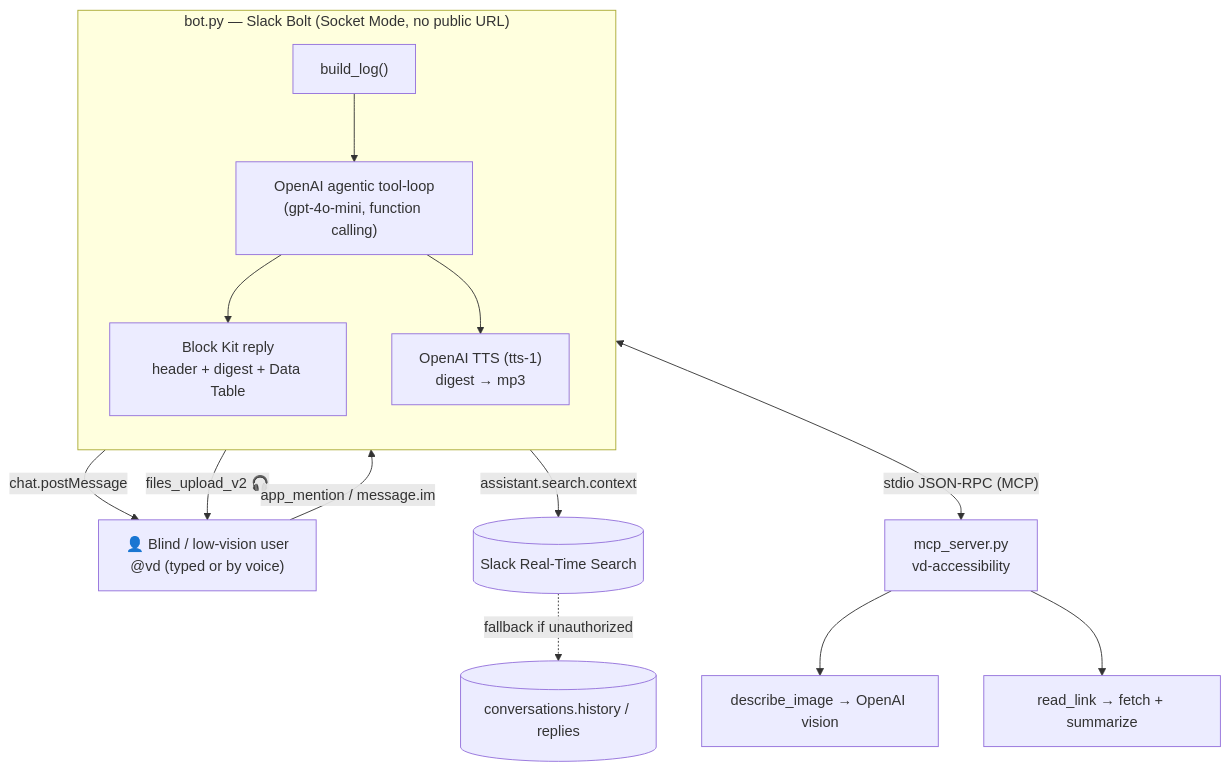
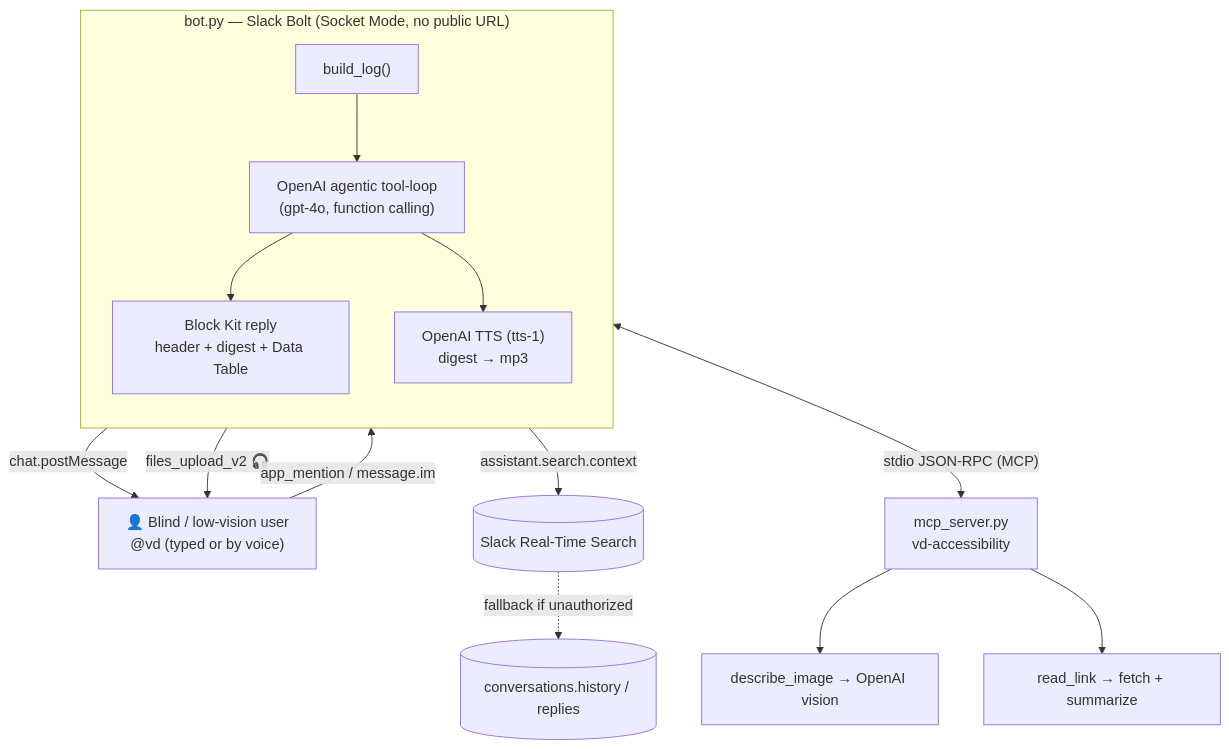
One commit to Gashin0601/voicedigest changed the diagram in docs/ARCHITECTURE.md. Above: the diagram before and after it, drawn with Mermaid. The commit also changed 5 other files, not shown here.

First line of the commit message:
Switch reasoning/vision model gpt-4o-mini -> gpt-4o

````diff
--- a/docs/ARCHITECTURE.md
+++ b/docs/ARCHITECTURE.md
@@ -9,25 +9,25 @@
 ```mermaid
 flowchart TD
   U["👤 Blind / low-vision user<br/>@vd (typed or by voice)"] -->|app_mention / message.im| BOT
 
   subgraph BOT["bot.py — Slack Bolt (Socket Mode, no public URL)"]
     direction TB
     CTX["build_log()"]
-    LOOP["OpenAI agentic tool-loop<br/>(gpt-4o-mini, function calling)"]
+    LOOP["OpenAI agentic tool-loop<br/>(gpt-4o, function calling)"]
     BK["Block Kit reply<br/>header + digest + Data Table"]
     TTS["OpenAI TTS (tts-1)<br/>digest → mp3"]
   end
 
   CTX -->|"assistant.search.context"| RTS[("Slack Real-Time Search")]
   RTS -. "fallback if unauthorized" .-> HIST[("conversations.history / replies")]
   CTX --> LOOP
 
   LOOP <-->|"stdio JSON-RPC (MCP)"| MCP["mcp_server.py<br/>vd-accessibility"]
   MCP --> DI["describe_image → OpenAI vision"]
   MCP --> RL["read_link → fetch + summarize"]
 
   LOOP --> BK
   LOOP --> TTS
   BK -->|chat.postMessage| U
   TTS -->|files_upload_v2 🎧| U
 ```
````
